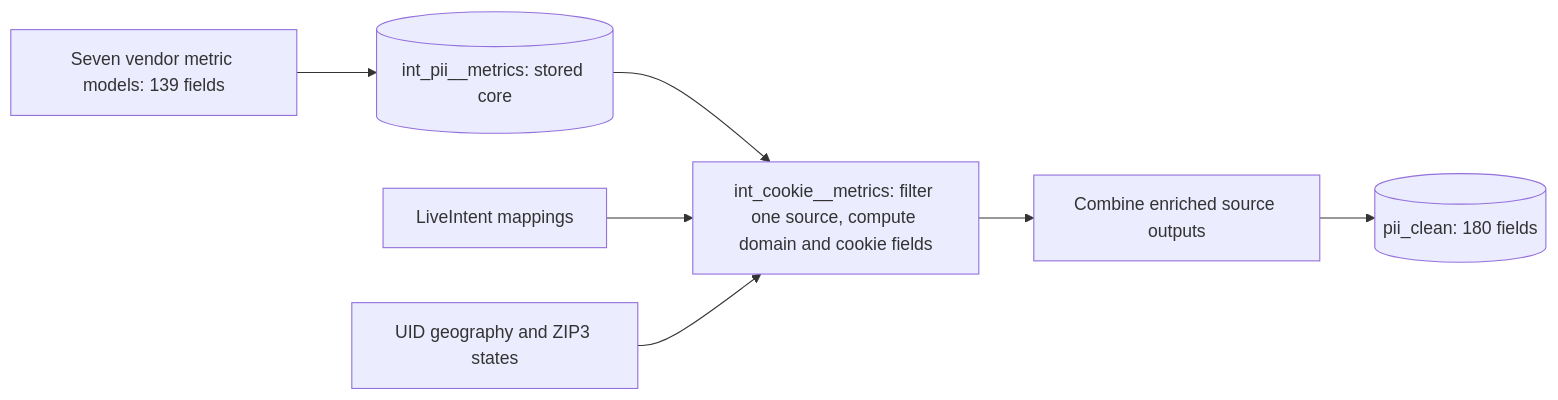
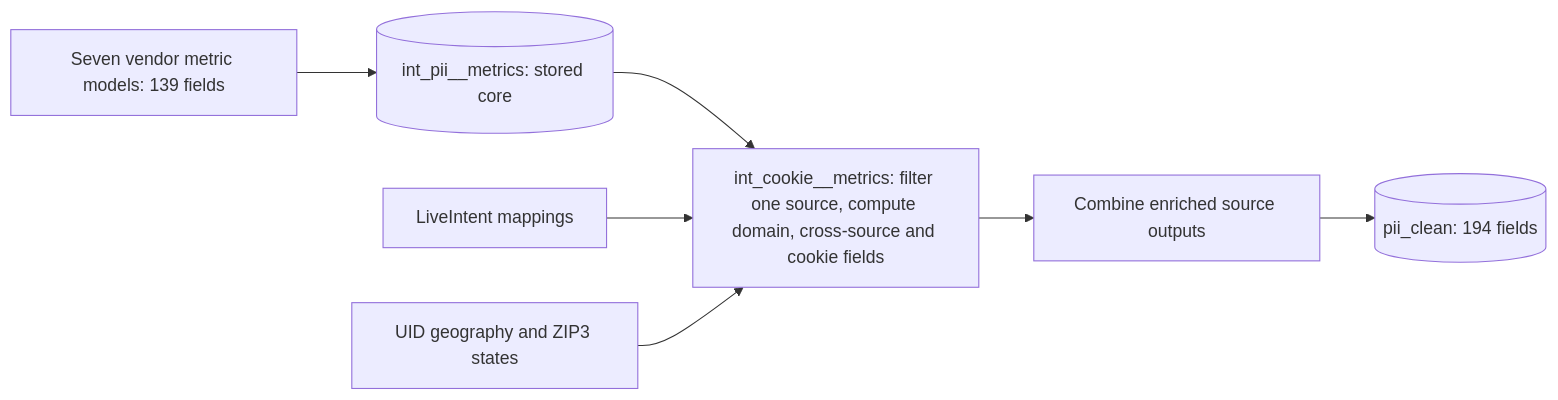
Before and after one commit to pp-jteixeira/nscreen-identity-resolution: the diagram in vendor_quality_measurement/pii_clean/docs/cookie_stage.md, drawn with Mermaid. The commit also changed other lines of this file and 22 other files, not shown here.

First line of the commit message:
Add cross-source evidence metric

````diff
--- a/vendor_quality_measurement/pii_clean/docs/cookie_stage.md
+++ b/vendor_quality_measurement/pii_clean/docs/cookie_stage.md
@@ -5,9 +5,9 @@
 ```mermaid
 flowchart LR
   vendors["Seven vendor metric models: 139 fields"] --> core[("int_pii__metrics: stored core")]
-  core --> cookies["int_cookie__metrics: filter one source, compute domain and cookie fields"]
+  core --> cookies["int_cookie__metrics: filter one source, compute domain, cross-source and cookie fields"]
   mappings["LiveIntent mappings"] --> cookies
   geography["UID geography and ZIP3 states"] --> cookies
   cookies --> combined["Combine enriched source outputs"]
-  combined --> final[("pii_clean: 180 fields")]
+  combined --> final[("pii_clean: 194 fields")]
 ```
````
